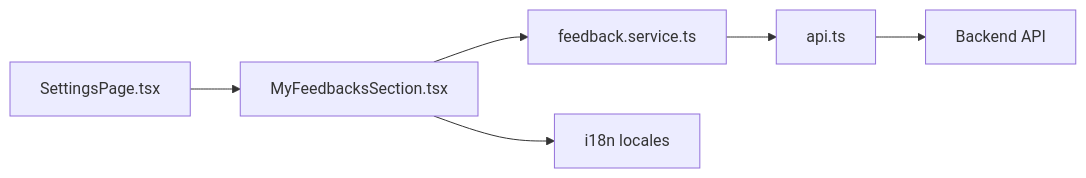
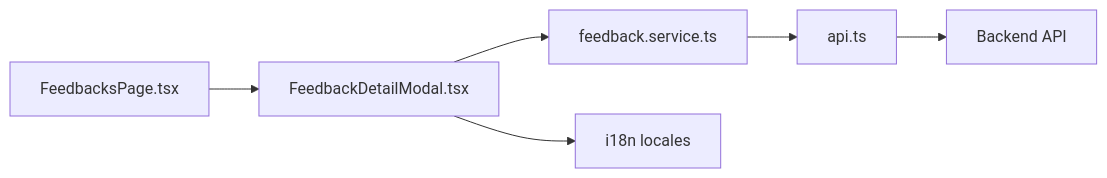
The third of 4 diagrams in .qoder/repowiki/en/content/Arquitetura Frontend/Módulo de Feedback - Frontend.md (RobertRuas/windlog), drawn with Mermaid before and after one commit. The commit also changed other lines of this file and 105 other files, not shown here.

````diff
--- a/.qoder/repowiki/en/content/Arquitetura Frontend/Módulo de Feedback - Frontend.md
+++ b/.qoder/repowiki/en/content/Arquitetura Frontend/Módulo de Feedback - Frontend.md
@@ -290,8 +332,8 @@
 ```mermaid
 graph LR
-SP["SettingsPage.tsx"] --> MF["MyFeedbacksSection.tsx"]
-MF --> FS["feedback.service.ts"]
-MF --> IL["i18n locales"]
+FP["FeedbacksPage.tsx"] --> FDM["FeedbackDetailModal.tsx"]
+FDM --> FS["feedback.service.ts"]
+FDM --> IL["i18n locales"]
 FS --> API["api.ts"]
 API --> BE["Backend API"]
 ```
````
